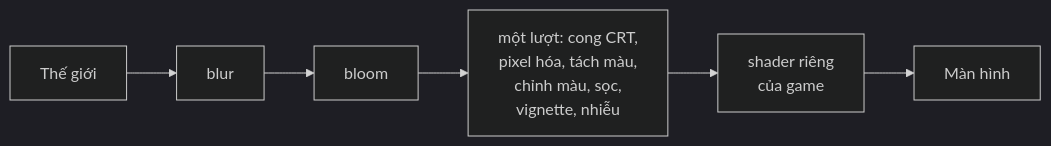
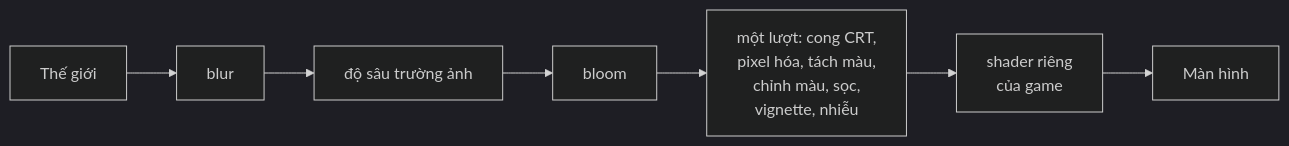
One commit to tptindev/njin changed the second of 2 diagrams in docs/pages/post_processing.md. Above: the diagram before and after it, drawn with Mermaid (dark theme). The commit also changed other lines of this file and 23 other files, not shown here.

````diff
--- a/docs/pages/post_processing.md
+++ b/docs/pages/post_processing.md
@@ -103,4 +127,4 @@
 ```mermaid
 flowchart LR
-  A[Thế giới]:::render --> B[blur]:::engine --> C[bloom]:::engine --> D["một lượt: cong CRT,<br/>pixel hóa, tách màu,<br/>chỉnh màu, sọc,<br/>vignette, nhiễu"]:::engine --> E[shader riêng<br/>của game]:::render --> F[Màn hình]:::once
+  A[Thế giới]:::render --> B[blur]:::engine --> B2[độ sâu trường ảnh]:::engine --> C[bloom]:::engine --> D["một lượt: cong CRT,<br/>pixel hóa, tách màu,<br/>chỉnh màu, sọc,<br/>vignette, nhiễu"]:::engine --> E[shader riêng<br/>của game]:::render --> F[Màn hình]:::once
 ```
````
